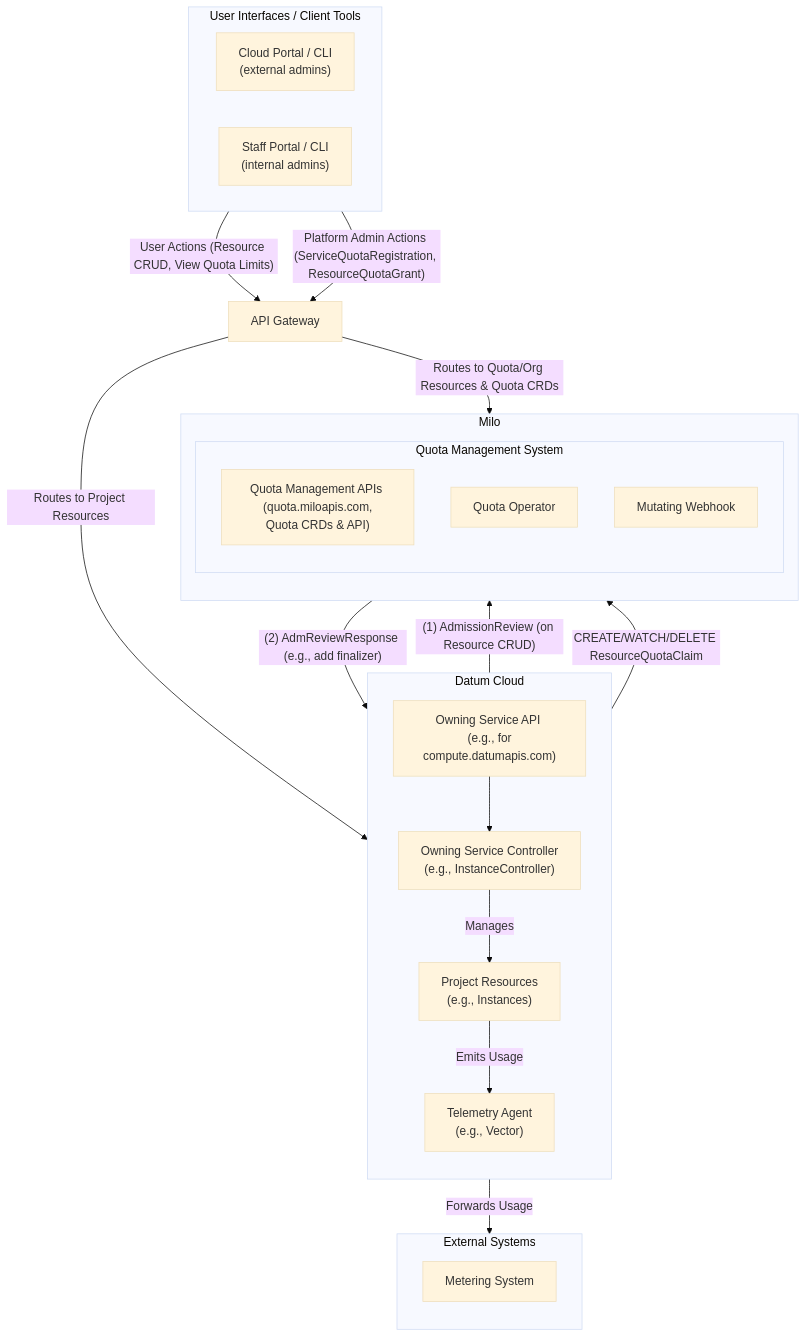
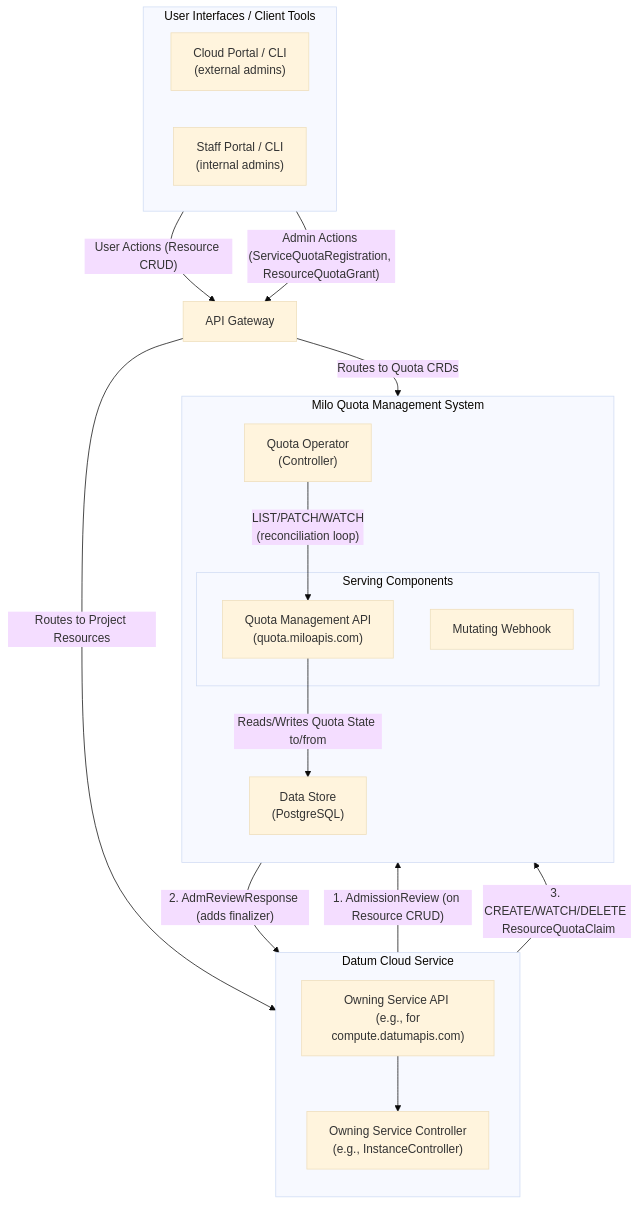
One commit to datum-cloud/enhancements changed the second of 6 diagrams in enhancements/platform/quota-management/README.md. Above: the diagram before and after it, drawn with Mermaid (base theme). The commit also changed other lines of this file, not shown here.

Commit message:
enh(quota): addresses various key feedback

````diff
--- a/enhancements/platform/quota-management/README.md
+++ b/enhancements/platform/quota-management/README.md
@@ -1214,54 +1237,48 @@
 ```mermaid
 %% C2 - Container Diagram: Milo Quota Management System & Interactions
 flowchart TD
     subgraph UserInterfaces ["User Interfaces / Client Tools"]
         direction LR
-        PortalCLI["Cloud Portal / CLI <br> (external admins)"]
-        DatumAdminTools["Staff Portal / CLI <br> (internal admins)"]
+        PortalCLI["Cloud Portal / CLI <br/> (external admins)"]
+        DatumAdminTools["Staff Portal / CLI <br/> (internal admins)"]
     end
 
     APIGateway["API Gateway"]
 
-    subgraph OwningServiceInfra ["Datum Cloud"]
+    subgraph OwningServiceInfra ["Datum Cloud Service"]
         direction TB
-        OwningServiceAPI["Owning Service API <br> (e.g., for compute.datumapis.com)"]
-        OwningServiceController["Owning Service Controller <br> (e.g., InstanceController)"]
-        ActualResource["Project Resources <br> (e.g., Instances)"]
-        TelemetryPipeline["Telemetry Agent <br> (e.g., Vector)"]
+        OwningServiceAPI["Owning Service API <br/> (e.g., for compute.datumapis.com)"]
+        OwningServiceController["Owning Service Controller <br/> (e.g., InstanceController)"]
 
         OwningServiceAPI --> OwningServiceController
-        OwningServiceController -- "Manages" --> ActualResource
-        ActualResource -- "Emits Usage" --> TelemetryPipeline
     end
 
-    subgraph CentralQuotaInfra ["Milo"]
+    subgraph CentralQuotaInfra ["Milo Quota Management System"]
         direction TB
-        subgraph QuotaSvc ["Quota Management System"]
-            QuotaMgmtAPI["Quota Management APIs <br> (quota.miloapis.com, Quota CRDs & API)"]
-            QuotaOperator["Quota Operator"]
+        subgraph QuotaSvc ["Serving Components"]
+            QuotaMgmtAPI["Quota Management API <br/> (quota.miloapis.com)"]
             MiloMutatingWebhook["Mutating Webhook"]
         end
+        QuotaOperator["Quota Operator <br/> (Controller)"]
+        Database["Data Store <br/> (PostgreSQL)"]
+
+        QuotaMgmtAPI -- "Reads/Writes Quota State to/from" --> Database
+        QuotaOperator -- "LIST/PATCH/WATCH <br/> (reconciliation loop)" --> QuotaMgmtAPI
     end
 
-    subgraph ExternalSystems["External Systems"]
-        direction TB
-        MeteringSystem["Metering System"]
-    end
-
-    TelemetryPipeline -- "Forwards Usage" --> MeteringSystem
 
     %% User/Admin Request Flows via API Gateway
-    PortalCLI -- "User Actions (Resource CRUD, View Quota Limits)" --> APIGateway
-    DatumAdminTools -- "Platform Admin Actions (ServiceQuotaRegistration, ResourceQuotaGrant)" --> APIGateway
+    PortalCLI -- "User Actions (Resource CRUD)" --> APIGateway
+    DatumAdminTools -- "Admin Actions (ServiceQuotaRegistration, ResourceQuotaGrant)" --> APIGateway
 
     APIGateway -- "Routes to Project Resources" --> OwningServiceAPI
-    APIGateway -- "Routes to Quota/Org Resources & Quota CRDs" --> QuotaMgmtAPI
+    APIGateway -- "Routes to Quota CRDs" --> QuotaMgmtAPI
 
 
-    %% Admission Control Flow (Controller-Driven: Mutating Webhook for Finalizers)
-    OwningServiceAPI -- "(1) AdmissionReview (on Resource CRUD)" --> MiloMutatingWebhook
-    MiloMutatingWebhook -- "(2) AdmReviewResponse (e.g., add finalizer)" --> OwningServiceAPI
+    %% Admission Control Flow
+    OwningServiceAPI -- "1. AdmissionReview (on Resource CRUD)" --> MiloMutatingWebhook
+    MiloMutatingWebhook -- "2. AdmReviewResponse (adds finalizer)" --> OwningServiceAPI
 
     %% Owning Service Controller creating claims with Central Quota Service
-    OwningServiceController -- "CREATE/WATCH/DELETE ResourceQuotaClaim" --> QuotaMgmtAPI
+    OwningServiceController -- "3. CREATE/WATCH/DELETE <br/> ResourceQuotaClaim" --> QuotaMgmtAPI
 ```
````
